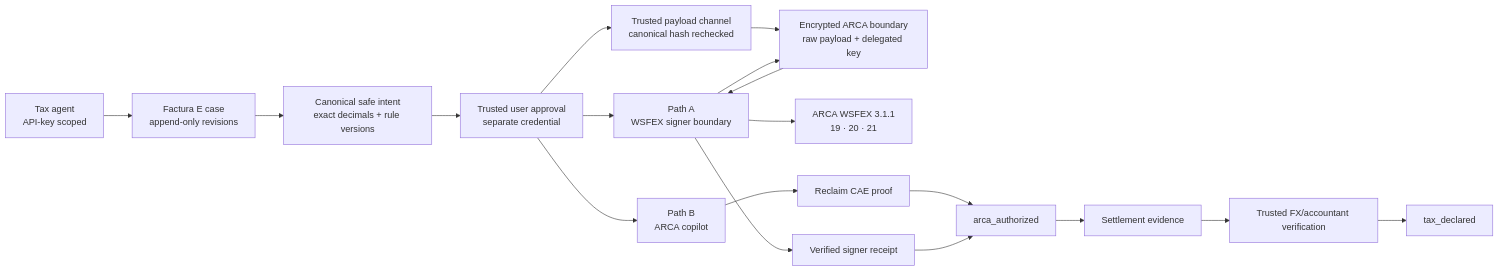
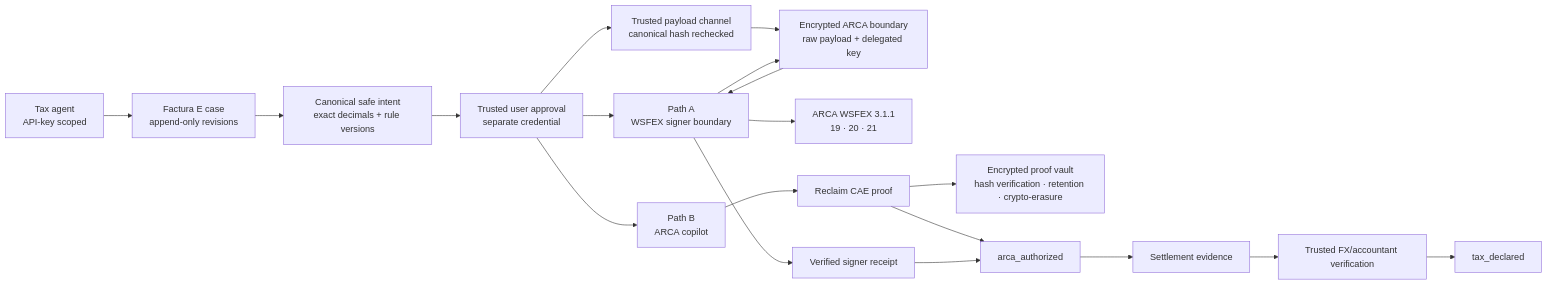
Before and after one commit to BuFi007/tax-automation-engine: the second of 2 diagrams in docs/architecture.md, drawn with Mermaid. The commit also changed 30 other files, not shown here.

Commit message:
feat: add encrypted Reclaim proof custody boundary

````diff
--- a/docs/architecture.md
+++ b/docs/architecture.md
@@ -21,20 +21,21 @@
 ```mermaid
 flowchart LR
   A["Tax agent\nAPI-key scoped"] --> C["Factura E case\nappend-only revisions"]
   C --> D["Canonical safe intent\nexact decimals + rule versions"]
   D --> H["Trusted user approval\nseparate credential"]
   H --> B["Path B\nARCA copilot"]
   H --> W["Path A\nWSFEX signer boundary"]
   H --> P["Trusted payload channel\ncanonical hash rechecked"]
   P --> Q["Encrypted ARCA boundary\nraw payload + delegated key"]
   Q --> W
   W --> Q
   W --> ARA["ARCA WSFEX 3.1.1\n19 · 20 · 21"]
   B --> R["Reclaim CAE proof"]
+  R --> Z["Encrypted proof vault\nhash verification · retention · crypto-erasure"]
   W --> V["Verified signer receipt"]
   R --> X["arca_authorized"]
   V --> X
   X --> E["Settlement evidence"]
   E --> F["Trusted FX/accountant verification"]
   F --> T["tax_declared"]
 ```
````
